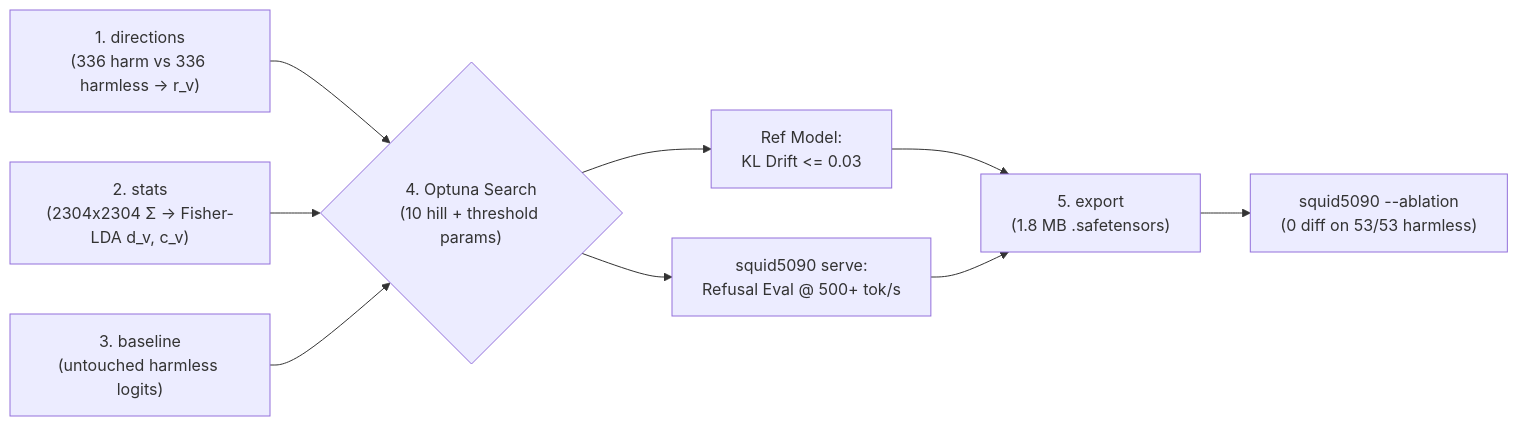
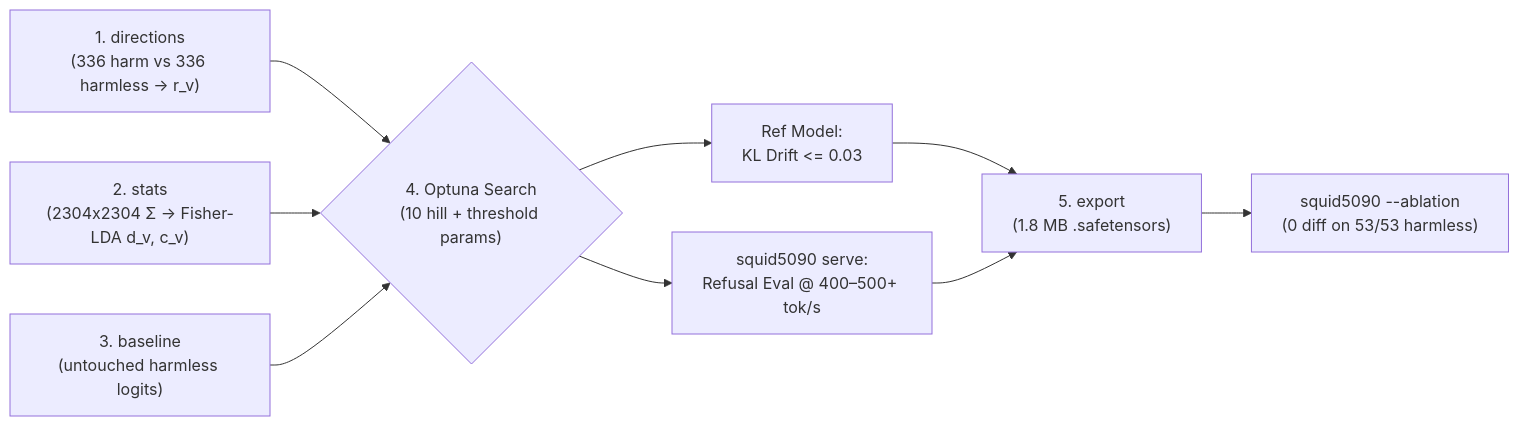
One commit to Sh1d0w/squid5090 changed the second of 2 diagrams in LITE.md. Above: the diagram before and after it, drawn with Mermaid. The commit also changed other lines of this file and 2 other files, not shown here.

First line of the commit message:
Update LITE.md, lite-speculative.gif, and 4-panel LaTeX booktabs benchmark figure

````diff
--- a/LITE.md
+++ b/LITE.md
@@ -288,11 +309,11 @@
 ```mermaid
 flowchart LR
     D["1. directions<br/>(336 harm vs 336 harmless -> r_v)"] --> OPT
     S["2. stats<br/>(2304x2304 Σ -> Fisher-LDA d_v, c_v)"] --> OPT
     B["3. baseline<br/>(untouched harmless logits)"] --> OPT
     OPT{"4. Optuna Search<br/>(10 hill + threshold params)"} --> KL["Ref Model:<br/>KL Drift <= 0.03"]
-    OPT --> EV["squid5090 serve:<br/>Refusal Eval @ 500+ tok/s"]
+    OPT --> EV["squid5090 serve:<br/>Refusal Eval @ 400–500+ tok/s"]
     KL --> EXP["5. export<br/>(1.8 MB .safetensors)"]
     EV --> EXP
     EXP --> SRV["squid5090 --ablation<br/>(0 diff on 53/53 harmless)"]
 ```
````
